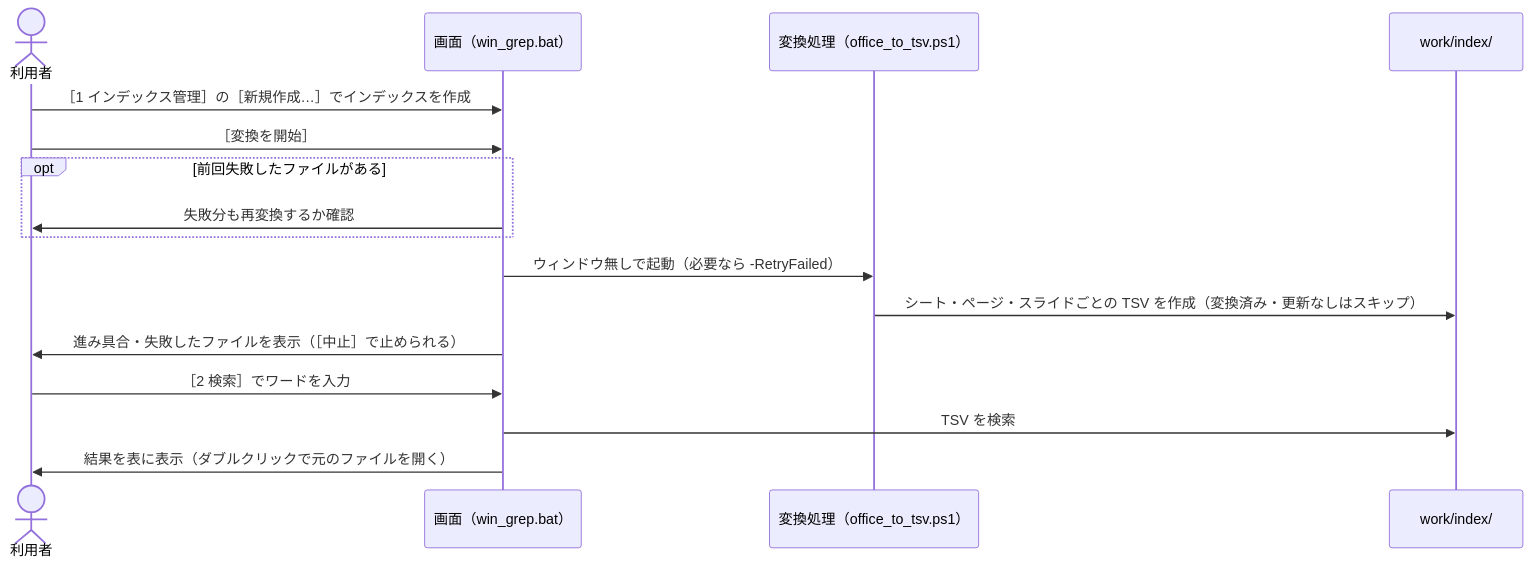
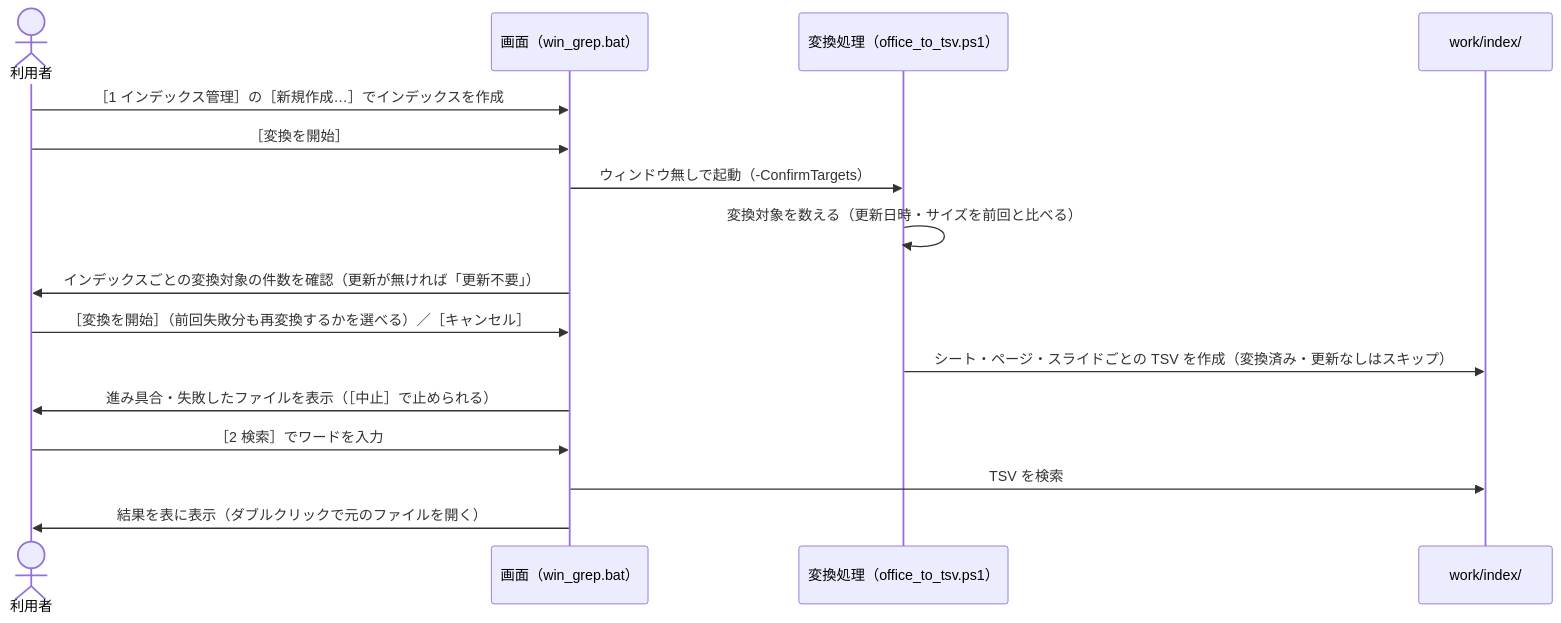
One commit to hsgwa/tebunko changed the second of 2 diagrams in docs/00_index.md. Above: the diagram before and after it, drawn with Mermaid. The commit also changed other lines of this file and 20 other files, not shown here.

````diff
--- a/docs/00_index.md
+++ b/docs/00_index.md
@@ -122,19 +122,19 @@
 ```mermaid
 sequenceDiagram
     actor U as 利用者
     participant G as 画面（win_grep.bat）
     participant CV as 変換処理（office_to_tsv.ps1）
     participant W as work/index/
 
     U->>G: ［1 インデックス管理］の［新規作成…］でインデックスを作成
     U->>G: ［変換を開始］
-    opt 前回失敗したファイルがある
-        G->>U: 失敗分も再変換するか確認
-    end
-    G->>CV: ウィンドウ無しで起動（必要なら -RetryFailed）
+    G->>CV: ウィンドウ無しで起動（-ConfirmTargets）
+    CV->>CV: 変換対象を数える（更新日時・サイズを前回と比べる）
+    G->>U: インデックスごとの変換対象の件数を確認（更新が無ければ「更新不要」）
+    U->>G: ［変換を開始］（前回失敗分も再変換するかを選べる）／［キャンセル］
     CV->>W: シート・ページ・スライドごとの TSV を作成（変換済み・更新なしはスキップ）
     G->>U: 進み具合・失敗したファイルを表示（［中止］で止められる）
     U->>G: ［2 検索］でワードを入力
     G->>W: TSV を検索
     G->>U: 結果を表に表示（ダブルクリックで元のファイルを開く）
 ```
````
